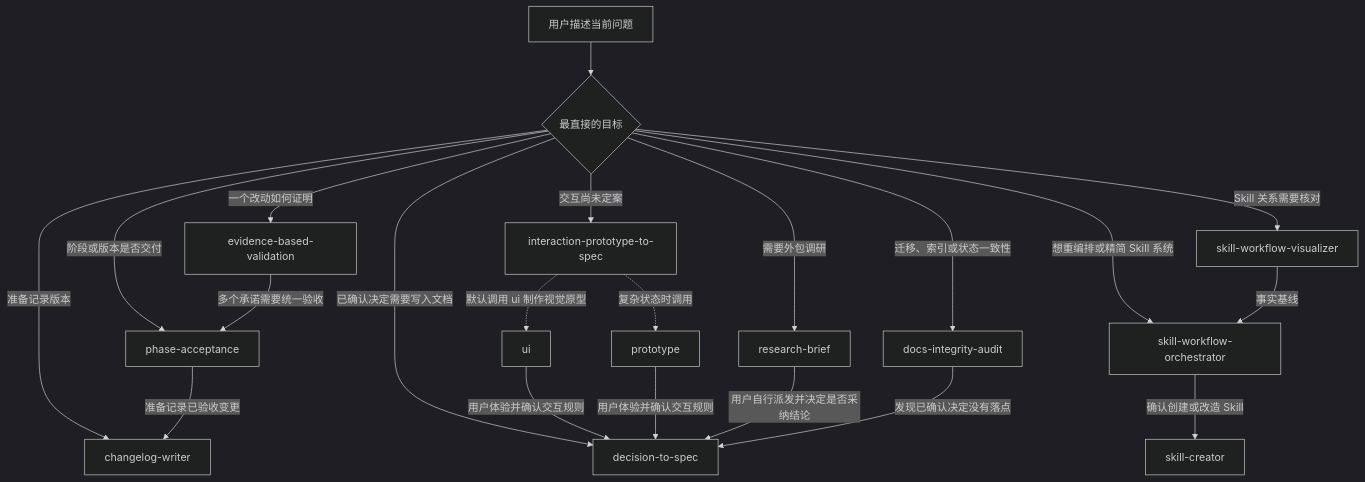
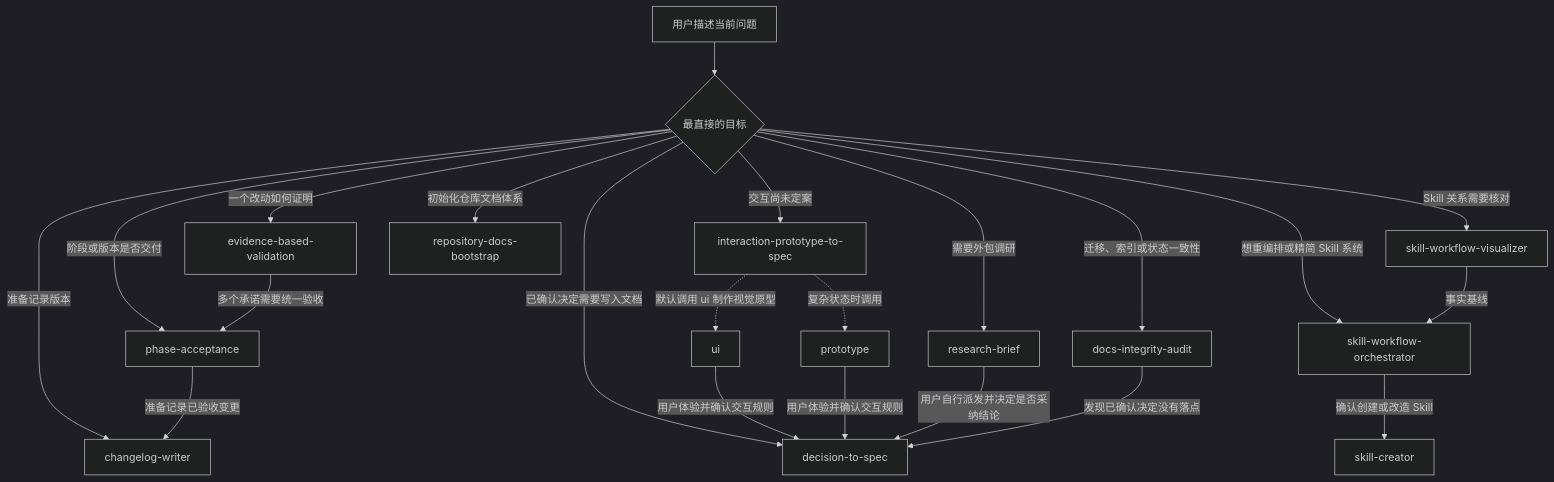
Before and after one commit to Morus-Fauston/Mo.s-skill: the first of 4 diagrams in docs/工作流协作.md, drawn with Mermaid (dark theme). The commit also changed other lines of this file and 18 other files, not shown here.

````diff
--- a/docs/工作流协作.md
+++ b/docs/工作流协作.md
@@ -7,24 +7,25 @@
 ```mermaid
 flowchart TD
     Start[用户描述当前问题] --> Choose{最直接的目标}
     Choose -->|阶段或版本是否交付| Acceptance[phase-acceptance]
     Choose -->|一个改动如何证明| Validation[evidence-based-validation]
     Choose -->|已确认决定需要写入文档| Spec[decision-to-spec]
     Choose -->|迁移、索引或状态一致性| Audit[docs-integrity-audit]
     Choose -->|交互尚未定案| Prototype[interaction-prototype-to-spec]
     Choose -->|需要外包调研| Brief[research-brief]
     Choose -->|准备记录版本| Changelog[changelog-writer]
     Choose -->|Skill 关系需要核对| Visualizer[skill-workflow-visualizer]
     Choose -->|想重编排或精简 Skill 系统| Orchestrator[skill-workflow-orchestrator]
+    Choose -->|初始化仓库文档体系| Bootstrap[repository-docs-bootstrap]
 
     Prototype -.->|默认调用 ui 制作视觉原型| UI[ui]
     Prototype -.->|复杂状态时调用| LogicPrototype[prototype]
     UI -->|用户体验并确认交互规则| Spec
     LogicPrototype -->|用户体验并确认交互规则| Spec
     Brief -->|用户自行派发并决定是否采纳结论| Spec
     Audit -->|发现已确认决定没有落点| Spec
     Validation -->|多个承诺需要统一验收| Acceptance
     Acceptance -->|准备记录已验收变更| Changelog
     Visualizer -->|事实基线| Orchestrator
     Orchestrator -->|确认创建或改造 Skill| Creator[skill-creator]
 ```
````
